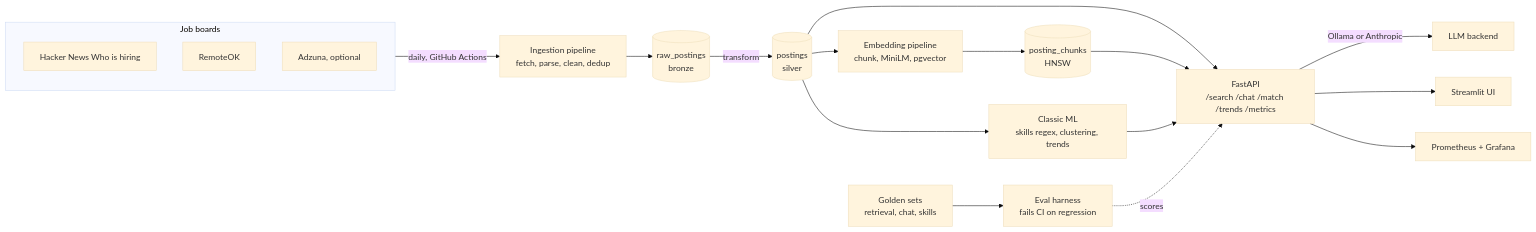
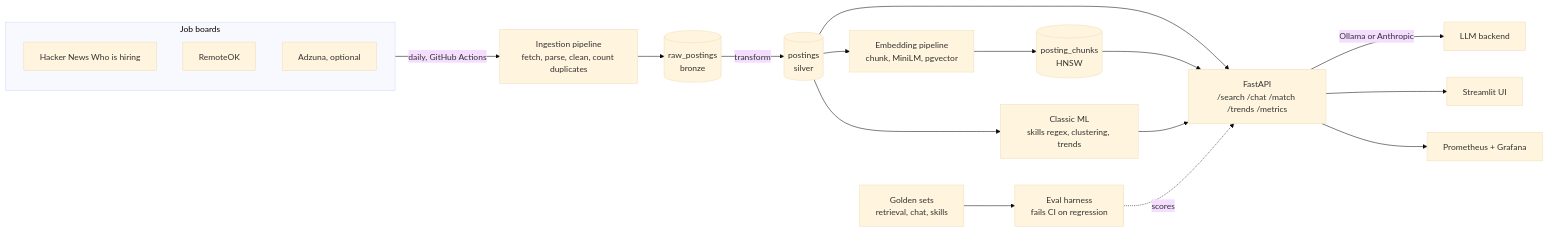
The diagram in README.md (raviteja311/JobLens-AI-Job-Market-Assistant), drawn with Mermaid (base theme) before and after one commit. The commit also changed other lines of this file and 31 other files, not shown here.

````diff
--- a/README.md
+++ b/README.md
@@ -32,20 +32,20 @@
 ```mermaid
 flowchart LR
     subgraph sources [Job boards]
         HN[Hacker News Who is hiring]
         RO[RemoteOK]
         AD[Adzuna, optional]
     end
-    sources -->|daily, GitHub Actions| ING[Ingestion pipeline<br/>fetch, parse, clean, dedup]
+    sources -->|daily, GitHub Actions| ING[Ingestion pipeline<br/>fetch, parse, clean, count duplicates]
     ING --> RAW[(raw_postings<br/>bronze)]
     RAW -->|transform| PG[(postings<br/>silver)]
     PG --> ML[Classic ML<br/>skills regex, clustering, trends]
     PG --> EMB[Embedding pipeline<br/>chunk, MiniLM, pgvector]
     EMB --> VEC[(posting_chunks<br/>HNSW)]
     PG & VEC & ML --> API[FastAPI<br/>/search /chat /match /trends /metrics]
     API -->|Ollama or Anthropic| LLM[LLM backend]
     API --> UI[Streamlit UI]
     API --> PROM[Prometheus + Grafana]
     GOLD[Golden sets<br/>retrieval, chat, skills] --> EVAL[Eval harness<br/>fails CI on regression]
     EVAL -.scores.-> API
 ```
````
